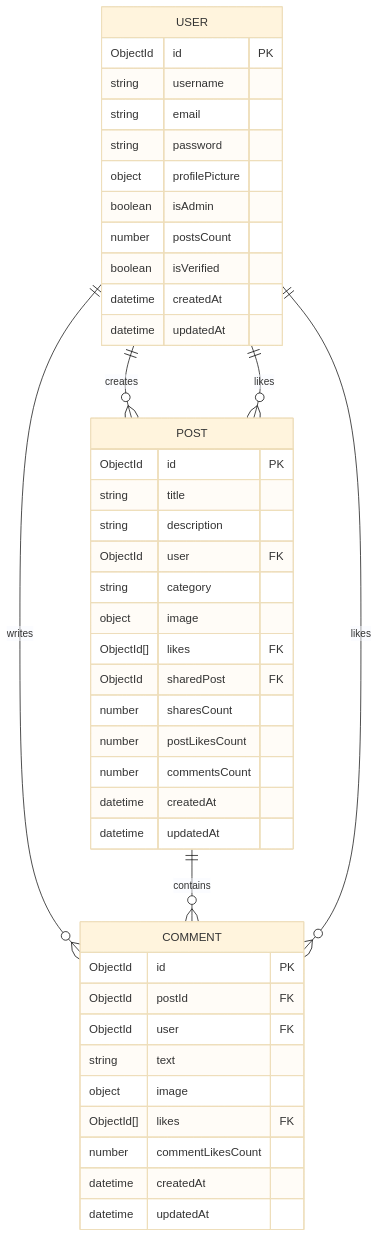
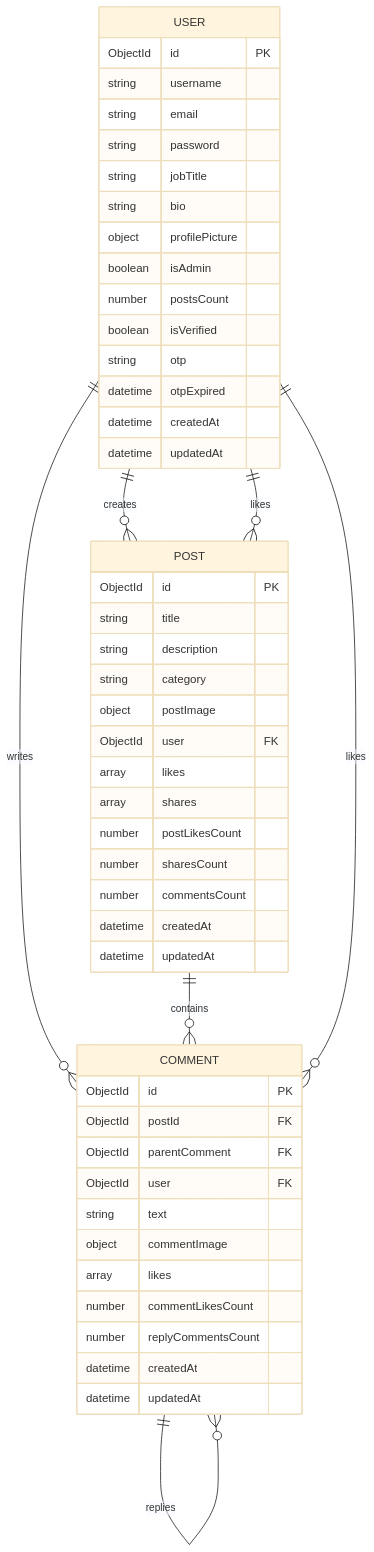
Before and after one commit to EmadAhmed6/Codexa: the diagram in backend/README.md, drawn with Mermaid (base theme). The commit also changed other lines of this file and 23 other files, not shown here.

````diff
--- a/backend/README.md
+++ b/backend/README.md
@@ -77,49 +47,56 @@
 ```mermaid
 erDiagram
     USER ||--o{ POST : "creates"
     USER ||--o{ COMMENT : "writes"
     POST ||--o{ COMMENT : "contains"
+    COMMENT ||--o{ COMMENT : "replies"
     USER ||--o{ POST : "likes"
     USER ||--o{ COMMENT : "likes"
 
     USER {
         ObjectId id PK
         string username
         string email
         string password
+        string jobTitle
+        string bio
         object profilePicture
         boolean isAdmin
         number postsCount
         boolean isVerified
+        string otp
+        datetime otpExpired
         datetime createdAt
         datetime updatedAt
     }
 
     POST {
         ObjectId id PK
         string title
         string description
+        string category
+        object postImage
         ObjectId user FK
-        string category
-        object image
-        ObjectId[] likes FK
-        ObjectId sharedPost FK
+        array likes
+        array shares
+        number postLikesCount
         number sharesCount
-        number postLikesCount
         number commentsCount
         datetime createdAt
         datetime updatedAt
     }
 
     COMMENT {
         ObjectId id PK
         ObjectId postId FK
+        ObjectId parentComment FK
         ObjectId user FK
         string text
-        object image
-        ObjectId[] likes FK
+        object commentImage
+        array likes
         number commentLikesCount
+        number replyCommentsCount
         datetime createdAt
         datetime updatedAt
     }
 ```
````
